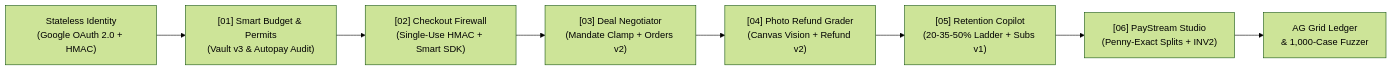
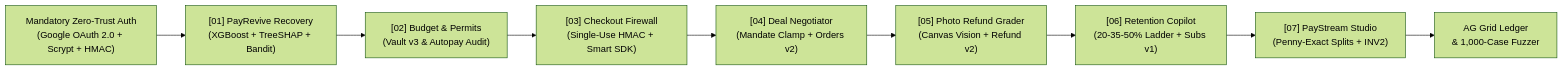
One commit to A-P-S-Bhaidav/PayPal_Hackathon changed the diagram in README.md. Above: the diagram before and after it, drawn with Mermaid (forest theme). The commit also changed other lines of this file and 35 other files, not shown here.

Commit message:
feat(v3): add PayRevive XGBoost+SHAP+Bandit recovery, mandatory zero-trust auth, multi-tenant vault, rate limiting, and Brutalist Spatial UI

````diff
--- a/README.md
+++ b/README.md
@@ -67,10 +39,11 @@
 ```mermaid
 flowchart LR
-    AUTH["Stateless Identity\n(Google OAuth 2.0 + HMAC)"] --> M1
-    M1["[01] Smart Budget & Permits\n(Vault v3 & Autopay Audit)"] --> M2
-    M2["[02] Checkout Firewall\n(Single-Use HMAC + Smart SDK)"] --> M3
-    M3["[03] Deal Negotiator\n(Mandate Clamp + Orders v2)"] --> M4
-    M4["[04] Photo Refund Grader\n(Canvas Vision + Refund v2)"] --> M5
-    M5["[05] Retention Copilot\n(20-35-50% Ladder + Subs v1)"] --> M6
-    M6["[06] PayStream Studio\n(Penny-Exact Splits + INV2)"] --> AUDIT["AG Grid Ledger\n& 1,000-Case Fuzzer"]
+    AUTH["Mandatory Zero-Trust Auth\n(Google OAuth 2.0 + Scrypt + HMAC)"] --> M7
+    M7["[01] PayRevive Recovery\n(XGBoost + TreeSHAP + Bandit)"] --> M1
+    M1["[02] Budget & Permits\n(Vault v3 & Autopay Audit)"] --> M2
+    M2["[03] Checkout Firewall\n(Single-Use HMAC + Smart SDK)"] --> M3
+    M3["[04] Deal Negotiator\n(Mandate Clamp + Orders v2)"] --> M4
+    M4["[05] Photo Refund Grader\n(Canvas Vision + Refund v2)"] --> M5
+    M5["[06] Retention Copilot\n(20-35-50% Ladder + Subs v1)"] --> M6
+    M6["[07] PayStream Studio\n(Penny-Exact Splits + INV2)"] --> AUDIT["AG Grid Ledger\n& 1,000-Case Fuzzer"]
 ```
````
